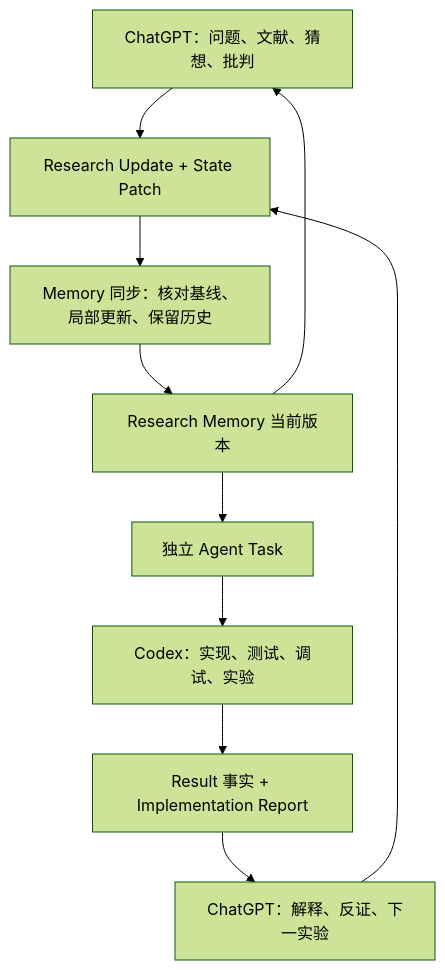
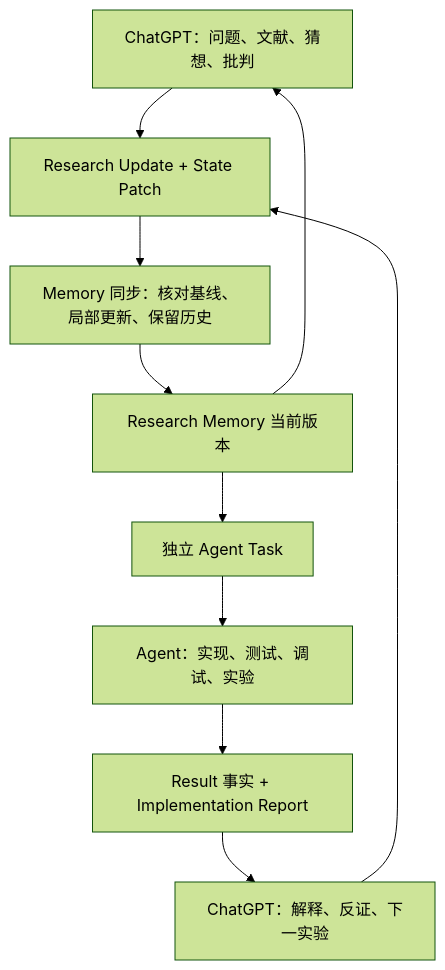
The diagram in README.md (Zhou-Weichen/research-memory), drawn with Mermaid (forest theme) before and after one commit. The commit also changed other lines of this file, not shown here.

````diff
--- a/README.md
+++ b/README.md
@@ -40,12 +40,12 @@
 ```mermaid
 flowchart TD
   A[ChatGPT：问题、文献、猜想、批判] --> B[Research Update + State Patch]
   B --> C[Memory 同步：核对基线、局部更新、保留历史]
   C --> D[Research Memory 当前版本]
   D --> E[独立 Agent Task]
-  E --> F[Codex：实现、测试、调试、实验]
+  E --> F[Agent：实现、测试、调试、实验]
   F --> G[Result 事实 + Implementation Report]
   G --> H[ChatGPT：解释、反证、下一实验]
   H --> B
   D --> A
 ```
````
